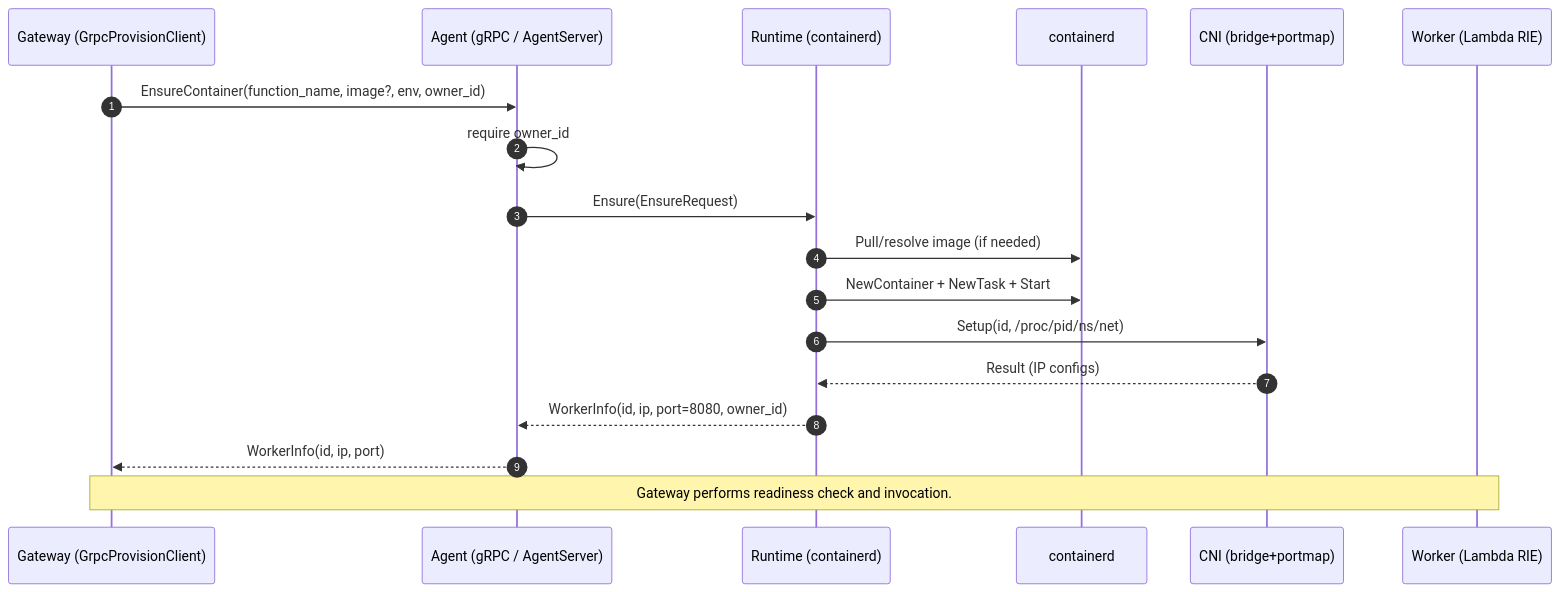
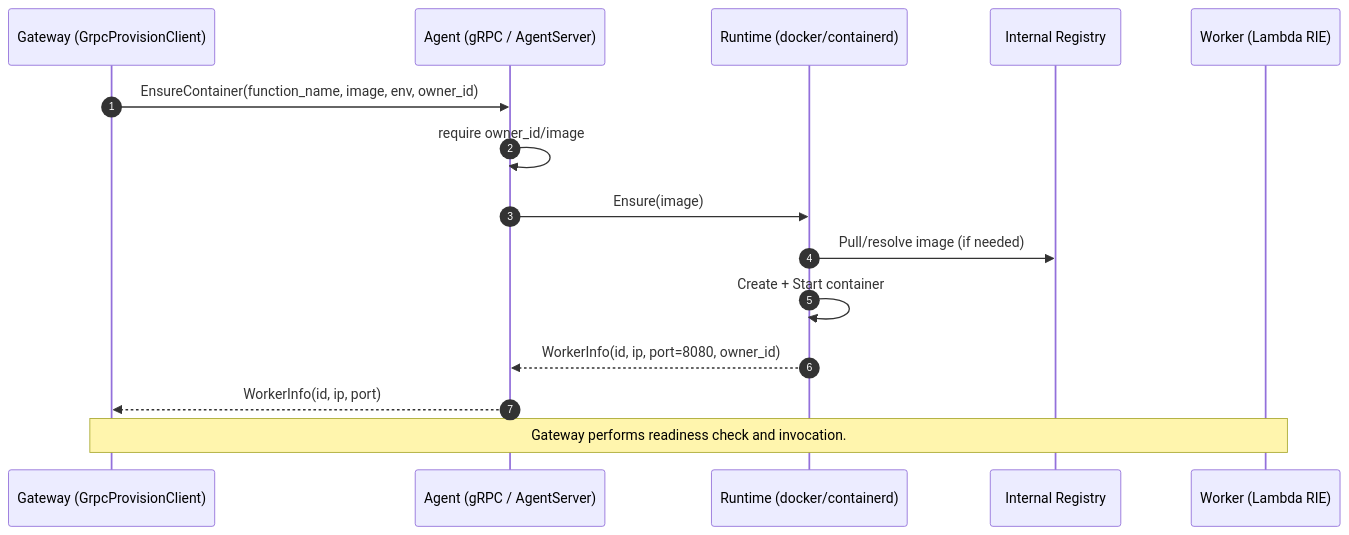
One commit to poruru-code/esb changed the second of 2 diagrams in services/agent/docs/architecture.md. Above: the diagram before and after it, drawn with Mermaid. The commit also changed other lines of this file and 76 other files, not shown here.

````diff
--- a/services/agent/docs/architecture.md
+++ b/services/agent/docs/architecture.md
@@ -67,21 +67,18 @@
 ```mermaid
 sequenceDiagram
     autonumber
     participant GW as Gateway (GrpcProvisionClient)
     participant AG as Agent (gRPC / AgentServer)
-    participant RT as Runtime (containerd)
-    participant CD as containerd
-    participant CNI as CNI (bridge+portmap)
+    participant RT as Runtime (docker/containerd)
+    participant IR as Internal Registry
     participant WK as Worker (Lambda RIE)
 
-    GW->>AG: EnsureContainer(function_name, image?, env, owner_id)
-    AG->>AG: require owner_id
-    AG->>RT: Ensure(EnsureRequest)
-    RT->>CD: Pull/resolve image (if needed)
-    RT->>CD: NewContainer + NewTask + Start
-    RT->>CNI: Setup(id, /proc/pid/ns/net)
-    CNI-->>RT: Result (IP configs)
+    GW->>AG: EnsureContainer(function_name, image, env, owner_id)
+    AG->>AG: require owner_id/image
+    AG->>RT: Ensure(image)
+    RT->>IR: Pull/resolve image (if needed)
+    RT->>RT: Create + Start container
     RT-->>AG: WorkerInfo(id, ip, port=8080, owner_id)
     AG-->>GW: WorkerInfo(id, ip, port)
     Note over GW,WK: Gateway performs readiness check and invocation.
 ```
````
